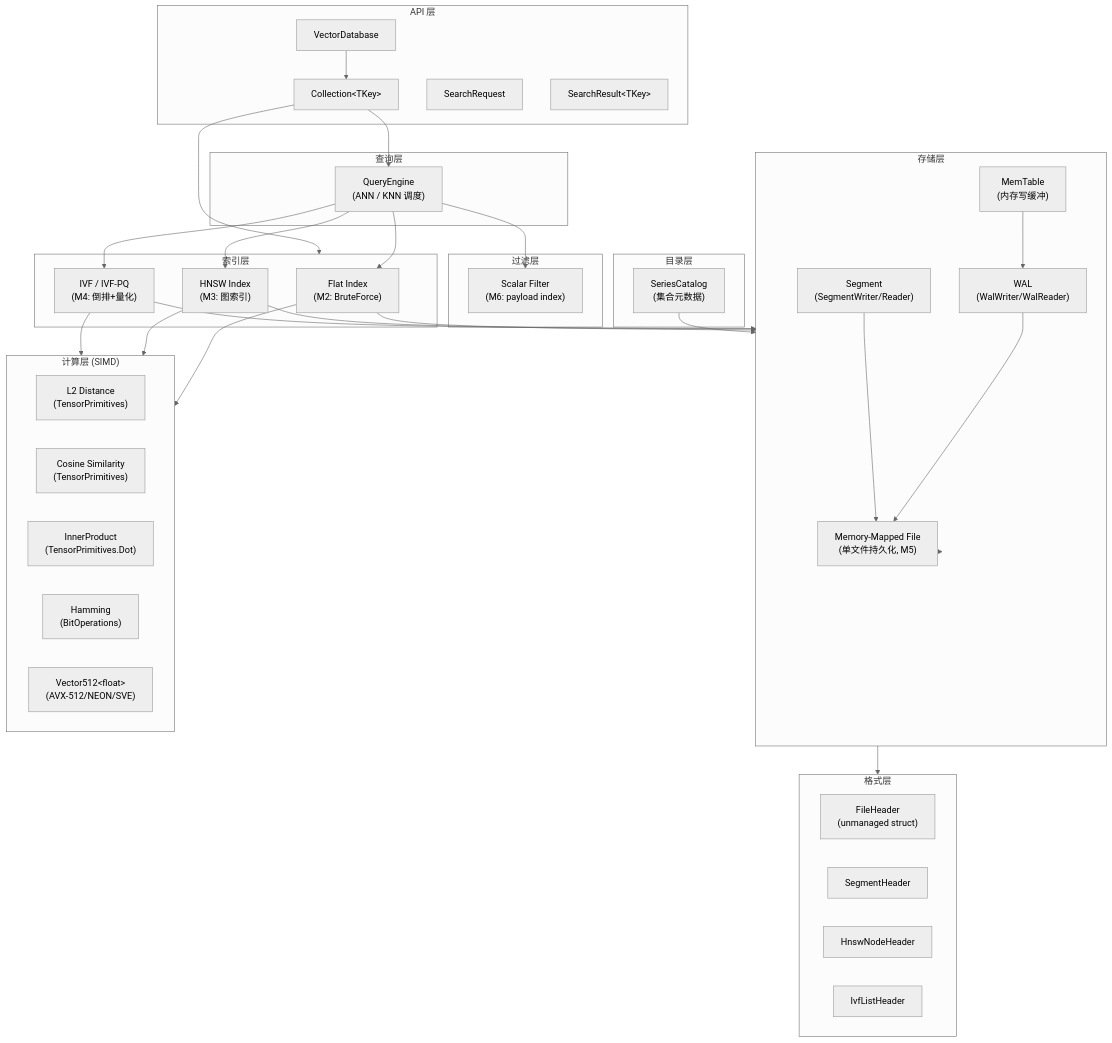
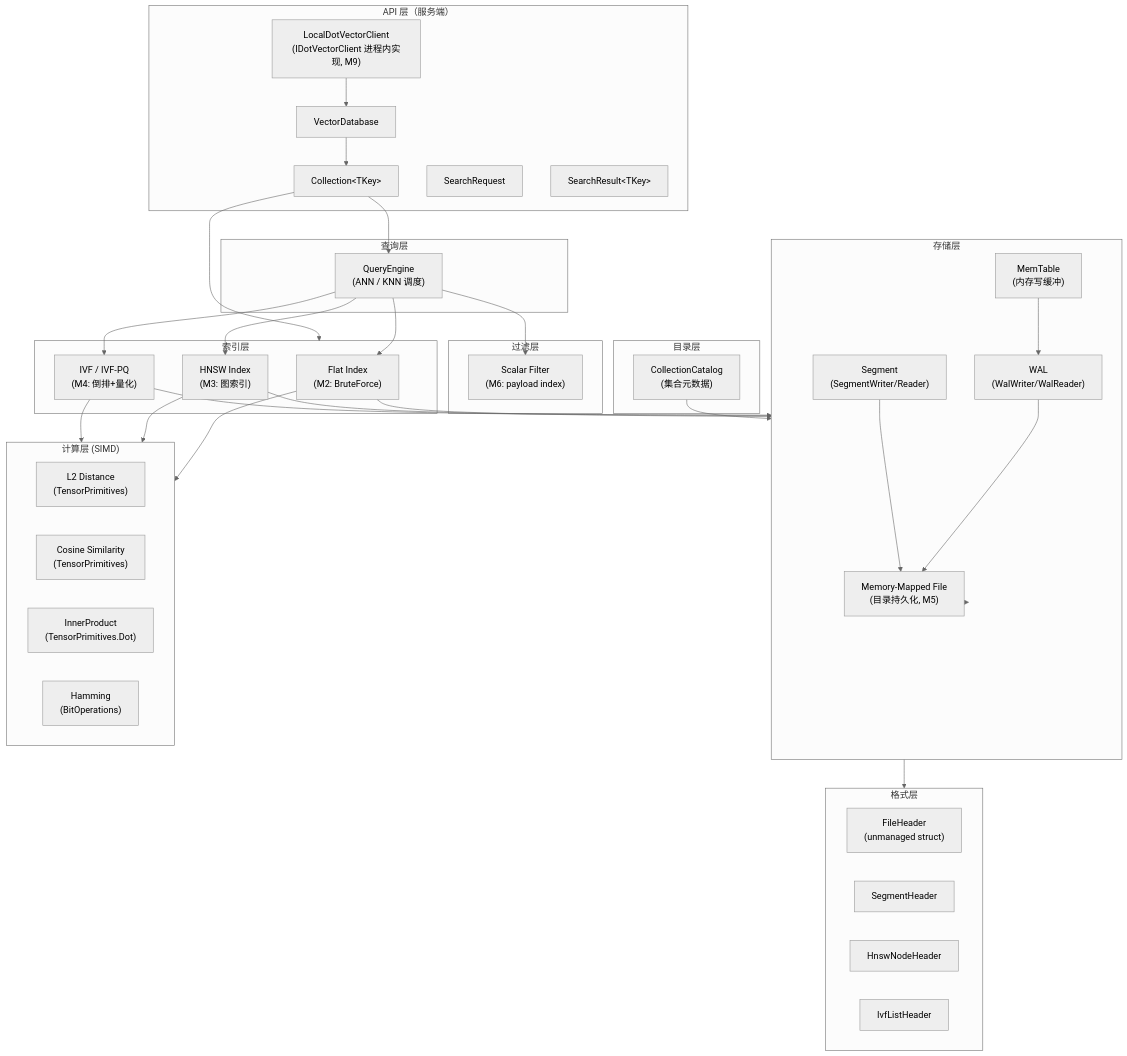
Before and after one commit to IoTSharp/DotVector: the second of 2 diagrams in docs/architecture.md, drawn with Mermaid (neutral theme). The commit also changed other lines of this file and 9 other files, not shown here.

First line of the commit message:
feat(m0): client/server separation - IDotVectorClient protocol abstraction, directory persistence

````diff
--- a/docs/architecture.md
+++ b/docs/architecture.md
@@ -9,69 +48,70 @@
 ```mermaid
 graph TD
-    subgraph API["API 层"]
+    subgraph API["API 层（服务端）"]
         VDB["VectorDatabase"]
         COL["Collection&lt;TKey&gt;"]
         REQ["SearchRequest"]
         RES["SearchResult&lt;TKey&gt;"]
+        LCL["LocalDotVectorClient\n(IDotVectorClient 进程内实现, M9)"]
     end
 
     subgraph Index["索引层"]
         FLAT["Flat Index\n(M2: BruteForce)"]
         HNSW["HNSW Index\n(M3: 图索引)"]
         IVF["IVF / IVF-PQ\n(M4: 倒排+量化)"]
     end
 
     subgraph Filter["过滤层"]
         SF["Scalar Filter\n(M6: payload index)"]
     end
 
     subgraph Storage["存储层"]
         WAL["WAL\n(WalWriter/WalReader)"]
         SEG["Segment\n(SegmentWriter/Reader)"]
-        MMAP["Memory-Mapped File\n(单文件持久化, M5)"]
+        MMAP["Memory-Mapped File\n(目录持久化, M5)"]
         MT["MemTable\n(内存写缓冲)"]
     end
 
     subgraph Format["格式层"]
         FH["FileHeader\n(unmanaged struct)"]
         SH["SegmentHeader"]
         NH["HnswNodeHeader"]
         IH["IvfListHeader"]
     end
 
     subgraph Compute["计算层 (SIMD)"]
         L2["L2 Distance\n(TensorPrimitives)"]
         COS["Cosine Similarity\n(TensorPrimitives)"]
         IP["InnerProduct\n(TensorPrimitives.Dot)"]
         HAM["Hamming\n(BitOperations)"]
-        VEC["Vector512&lt;float&gt;\n(AVX-512/NEON/SVE)"]
     end
 
     subgraph Catalog["目录层"]
-        CAT["SeriesCatalog\n(集合元数据)"]
+        CAT["CollectionCatalog\n(集合元数据)"]
     end
 
     subgraph Query["查询层"]
         QE["QueryEngine\n(ANN / KNN 调度)"]
     end
 
+    LCL --> VDB
     VDB --> COL
     COL --> QE
     COL --> Index
     QE --> SF
     QE --> FLAT
     QE --> HNSW
     QE --> IVF
     FLAT --> Compute
     HNSW --> Compute
     IVF --> Compute
     FLAT --> Storage
     HNSW --> Storage
     IVF --> Storage
     Storage --> Format
     Storage --> MMAP
     WAL --> MMAP
     SEG --> MMAP
     MT --> WAL
     CAT --> Storage
 ```
````
